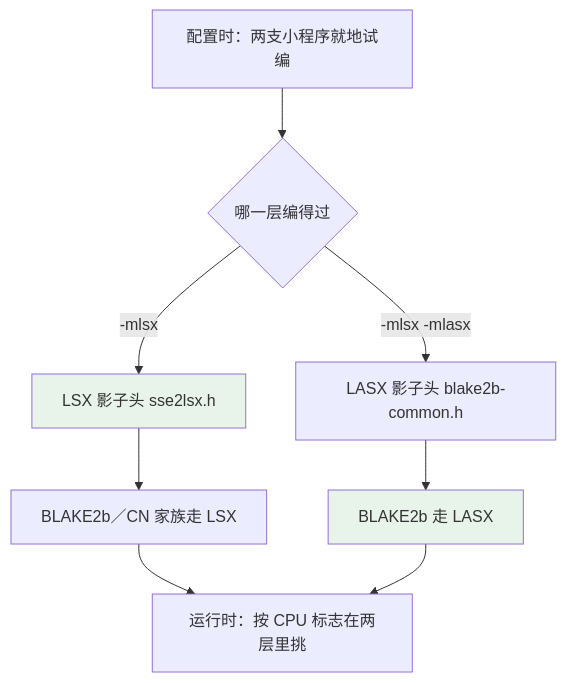
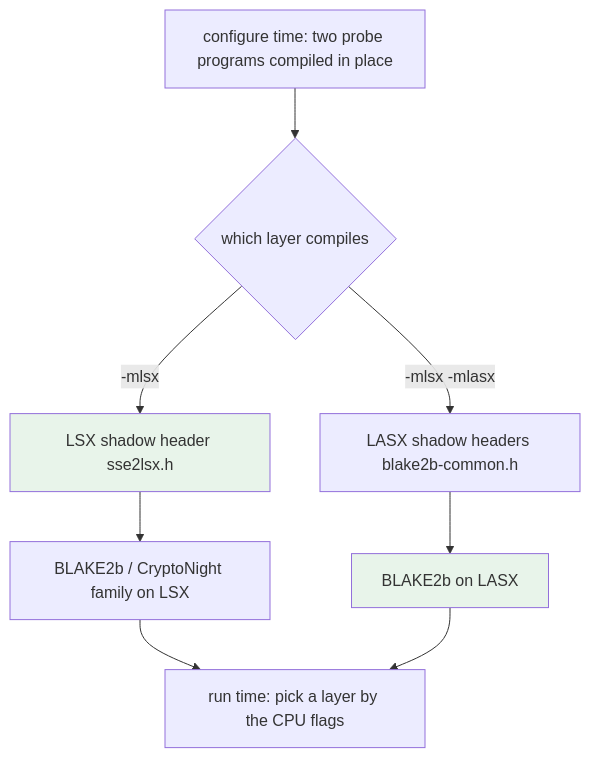
Before and after one commit to xmrig/xmrig: the first of 2 diagrams in doc/LOONGARCH.md, drawn with Mermaid. The commit also changed other lines of this file, not shown here.

````diff
--- a/doc/LOONGARCH.md
+++ b/doc/LOONGARCH.md
@@ -24,12 +24,12 @@
 ```mermaid
 flowchart TB
-    A["配置时：两支小程序就地试编"] --> B{"哪一层编得过"}
-    B --> |"`-mlsx`"| C["LSX 影子头 sse2lsx.h"]
-    B --> |"`-mlsx -mlasx`"| D["LASX 影子头 blake2b-common.h"]
-    C --> E["BLAKE2b／CN 家族走 LSX"]
-    D --> F["BLAKE2b 走 LASX"]
-    E --> G["运行时：按 CPU 标志在两层里挑"]
+    A["configure time: two probe programs compiled in place"] --> B{"which layer compiles"}
+    B --> |"`-mlsx`"| C["LSX shadow header sse2lsx.h"]
+    B --> |"`-mlsx -mlasx`"| D["LASX shadow headers blake2b-common.h"]
+    C --> E["BLAKE2b / CryptoNight family on LSX"]
+    D --> F["BLAKE2b on LASX"]
+    E --> G["run time: pick a layer by the CPU flags"]
     F --> G
     style C fill:#e8f4ea
     style F fill:#e8f4ea
 ```
````
